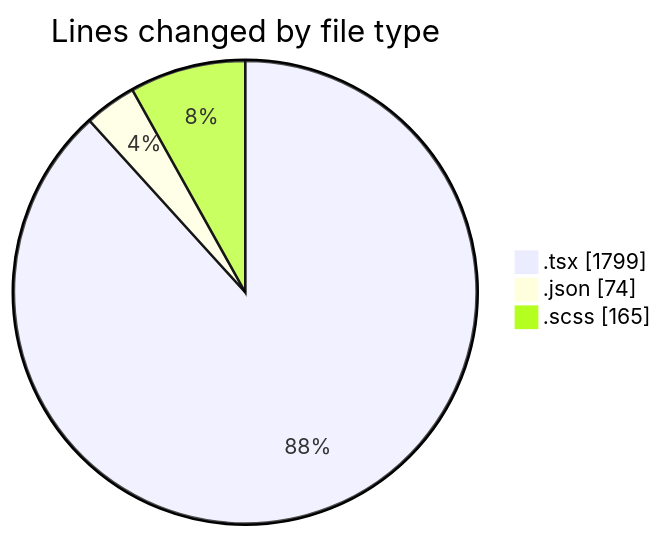
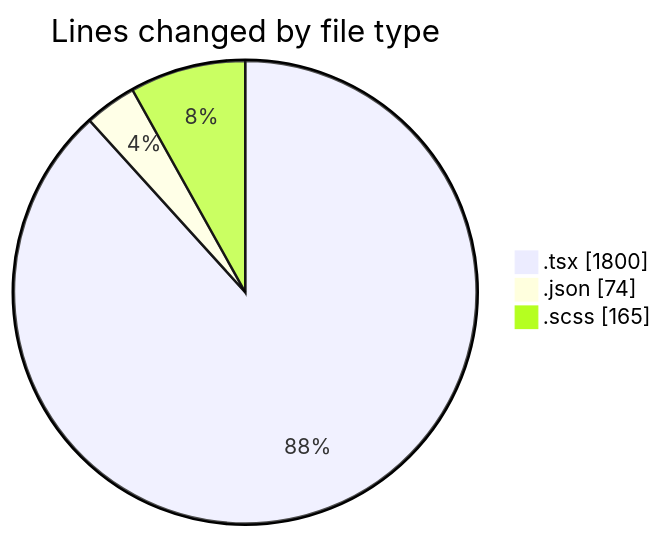
Before and after one commit to momahboobian/code-tracking: the first of 2 diagrams in 2025-04-08/cda/README.md, drawn with Mermaid. The commit also changed other lines of this file and 1 other file, not shown here.

````diff
--- a/2025-04-08/cda/README.md
+++ b/2025-04-08/cda/README.md
@@ -24,7 +24,7 @@
 ```mermaid
 pie showData
 title Lines changed by file type
-".tsx" : 1799
+".tsx" : 1800
 ".json" : 74
 ".scss" : 165
 ```
````
